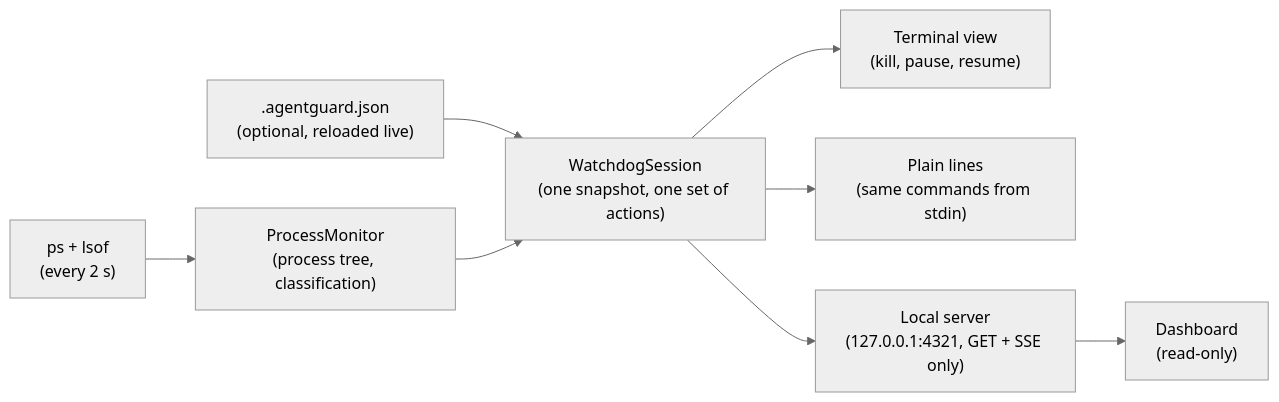
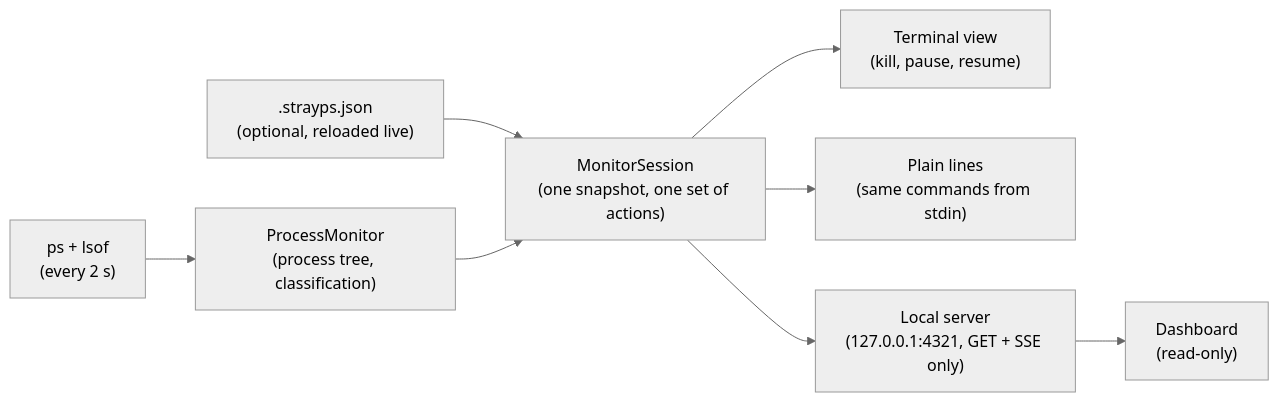
One commit to uwejettkant/strayps changed the diagram in README.md. Above: the diagram before and after it, drawn with Mermaid (neutral theme). The commit also changed other lines of this file and 38 other files, not shown here.

````diff
--- a/README.md
+++ b/README.md
@@ -114,10 +121,10 @@
 ```mermaid
 flowchart LR
   PS["ps + lsof\n(every 2 s)"] --> PROC["ProcessMonitor\n(process tree, classification)"]
-  CFG[".agentguard.json\n(optional, reloaded live)"] --> SESSION
-  PROC --> SESSION["WatchdogSession\n(one snapshot, one set of actions)"]
+  CFG[".strayps.json\n(optional, reloaded live)"] --> SESSION
+  PROC --> SESSION["MonitorSession\n(one snapshot, one set of actions)"]
   SESSION --> TUI["Terminal view\n(kill, pause, resume)"]
   SESSION --> PLAIN["Plain lines\n(same commands from stdin)"]
   SESSION --> SRV["Local server\n(127.0.0.1:4321, GET + SSE only)"]
   SRV --> DASH["Dashboard\n(read-only)"]
 ```
````
